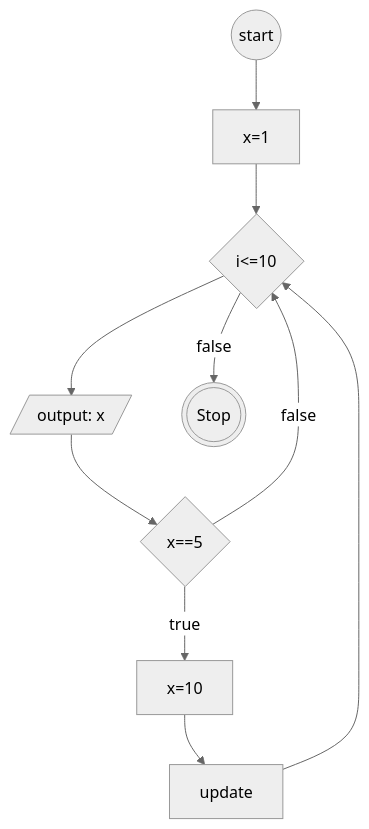
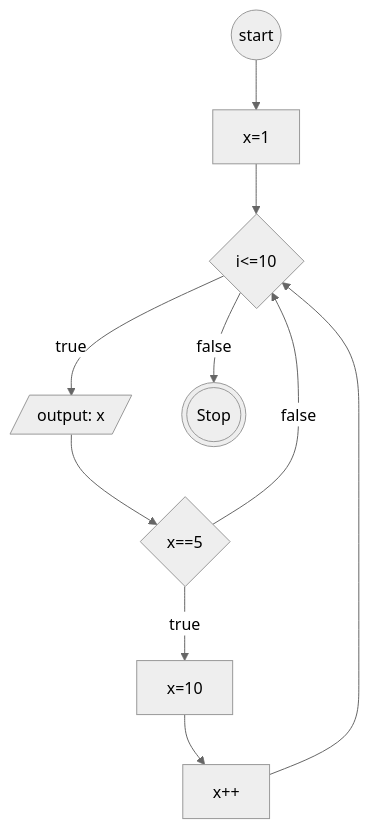
The diagram in flowchart-loop.md (mslthn/koda-b6-javascript1), drawn with Mermaid (neutral theme) before and after one commit.

````diff
--- a/flowchart-loop.md
+++ b/flowchart-loop.md
@@ -2,19 +2,19 @@
 ```mermaid
 flowchart TD
 start@{shape: circ}
 init@{shape: rect, label: "x=1"}
 for@{shape: diamond, label: "i<=10"}
 cons@{shape: lean-r, label: "output: x"}
 if@{shape: diamond, label: "x==5"}
 ifTrue@{shape: rect, label: "x=10"}
-
+update@{shape: rect, label: "x++"}
 forStop@{shape: dbl-circ, label: "Stop"}
 
 
-start-->init-->for-->cons-->if
+start-->init-->for-->|true| cons-->if
 if-->|true| ifTrue 
 if-->|false| for
 for-->|false| forStop
 
 ifTrue-->update-->for
 ```
````
